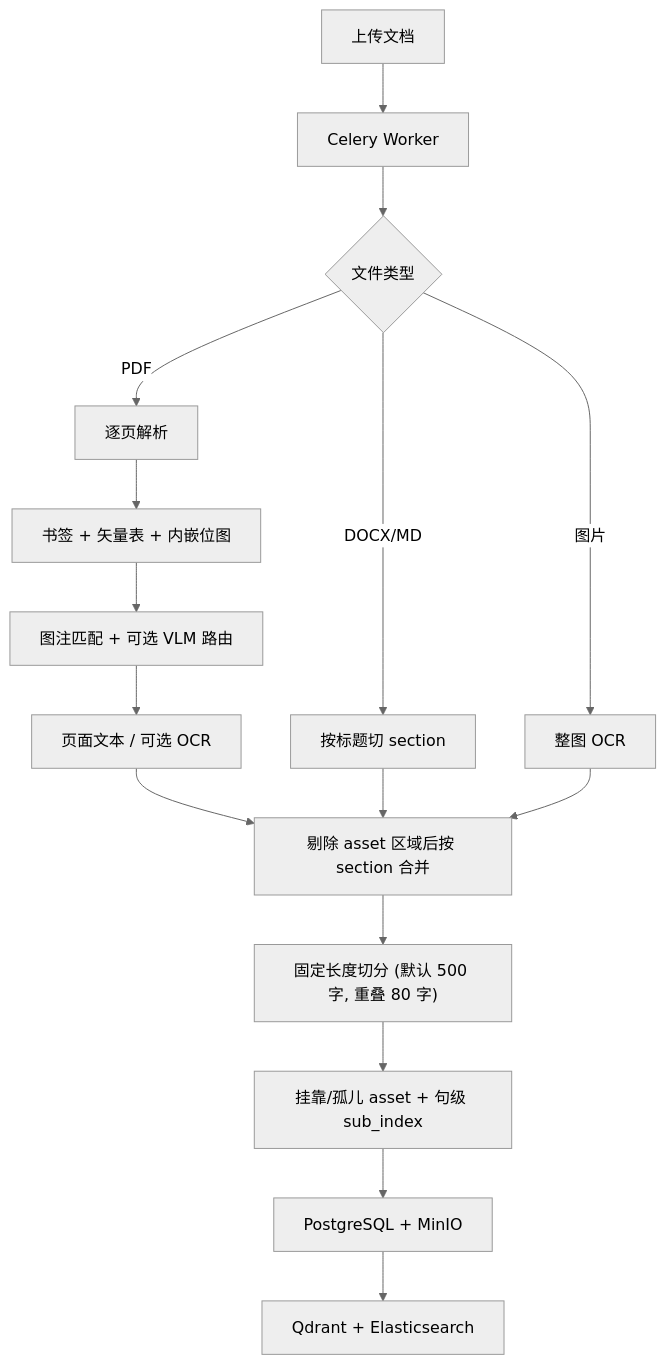
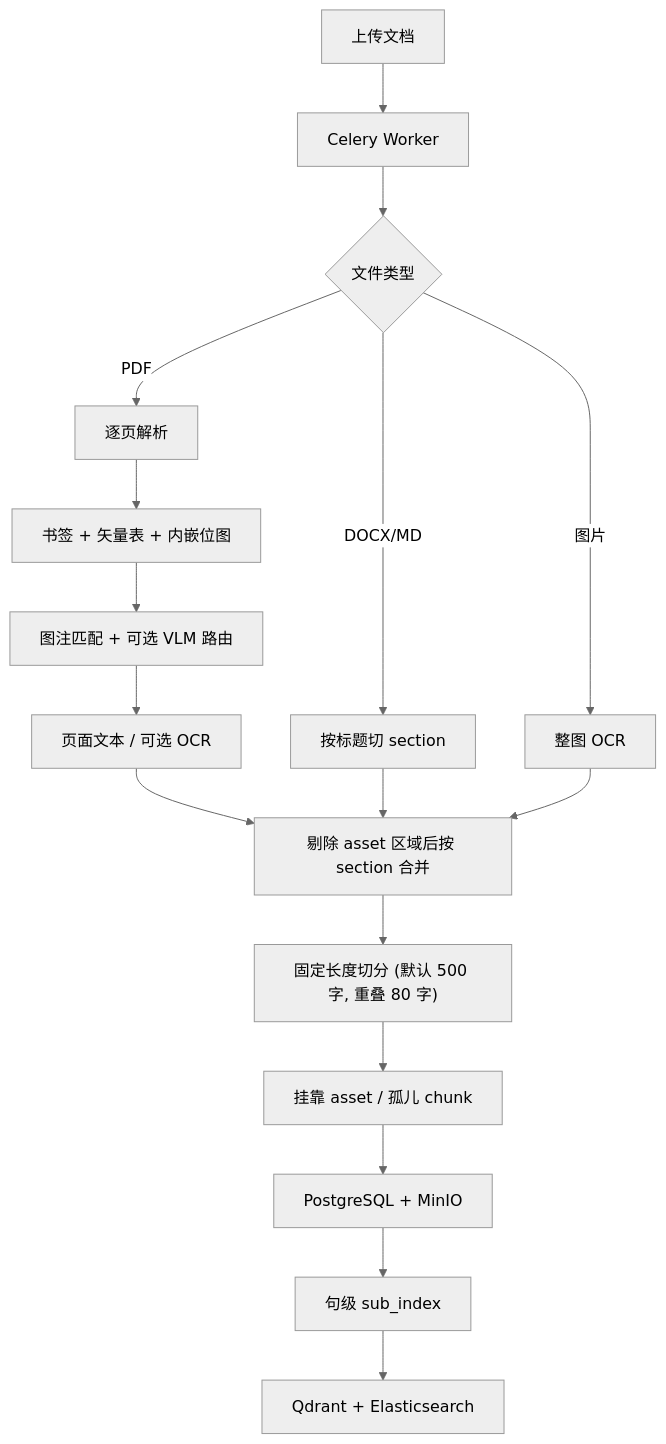
Before and after one commit to zJustHow/AllDocs: the second of 2 diagrams in README.md, drawn with Mermaid (neutral theme). The commit also changed other lines of this file and 44 other files, not shown here.

````diff
--- a/README.md
+++ b/README.md
@@ -151,18 +151,19 @@
 ```mermaid
 flowchart TD
     A[上传文档] --> B[Celery Worker]
     B --> C{文件类型}
     C -->|PDF| D[逐页解析]
     C -->|DOCX/MD| E[按标题切 section]
     C -->|图片| F[整图 OCR]
     D --> D1[书签 + 矢量表 + 内嵌位图]
     D1 --> D2[图注匹配 + 可选 VLM 路由]
     D2 --> D3[页面文本 / 可选 OCR]
     D3 --> G[剔除 asset 区域后按 section 合并]
     E --> G
     F --> G
     G --> H["固定长度切分 (默认 500 字, 重叠 80 字)"]
-    H --> I[挂靠/孤儿 asset + 句级 sub_index]
+    H --> I[挂靠 asset / 孤儿 chunk]
     I --> J[PostgreSQL + MinIO]
-    J --> K[Qdrant + Elasticsearch]
+    J --> J1[句级 sub_index]
+    J1 --> K[Qdrant + Elasticsearch]
 ```
````
